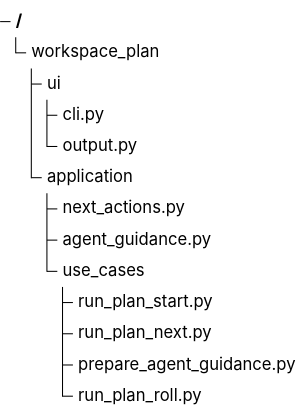
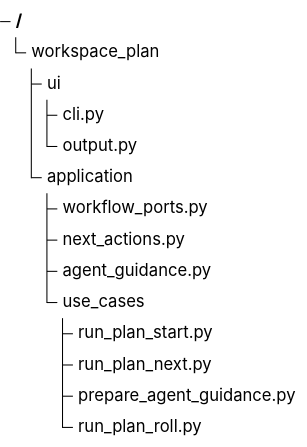
The third of 3 diagrams in .enclosure/plans/planning-workflow/epics/guided-cli-agent-guardrails/SCHEMAS.md (9orky/enclosure), drawn with Mermaid before and after one commit. The commit also changed other lines of this file and 19 other files, not shown here.

````diff
--- a/.enclosure/plans/planning-workflow/epics/guided-cli-agent-guardrails/SCHEMAS.md
+++ b/.enclosure/plans/planning-workflow/epics/guided-cli-agent-guardrails/SCHEMAS.md
@@ -143,17 +180,18 @@
 ```mermaid
 %% contract: files
 %%{init: {"theme": "base", "themeVariables": {"labelColor": "#172033", "lineColor": "#64748b"}}}%%
 treeView-beta
   "workspace_plan"
     "ui"
       "cli.py"
       "output.py"
     "application"
+      "workflow_ports.py"
       "next_actions.py"
       "agent_guidance.py"
       "use_cases"
         "run_plan_start.py"
         "run_plan_next.py"
         "prepare_agent_guidance.py"
         "run_plan_roll.py"
 ```
````
